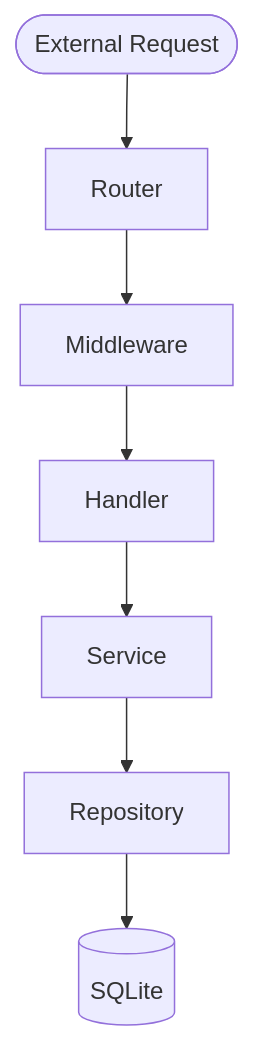
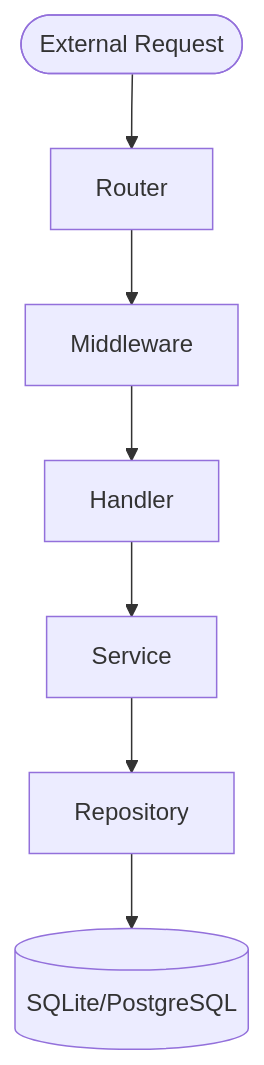
Before and after one commit to UdsonWillams/go-api-first-steps: the diagram in docs/ARCHITECTURE.md, drawn with Mermaid. The commit also changed other lines of this file and 14 other files, not shown here.

````diff
--- a/docs/ARCHITECTURE.md
+++ b/docs/ARCHITECTURE.md
@@ -9,9 +9,9 @@
 ```mermaid
 graph TD;
     Request([External Request]) --> Router;
     Router --> Middleware;
     Middleware --> Handler;
     Handler --> Service;
     Service --> Repository;
-    Repository --> Database[(SQLite)];
+    Repository --> Database[(SQLite/PostgreSQL)];
 ```
````
